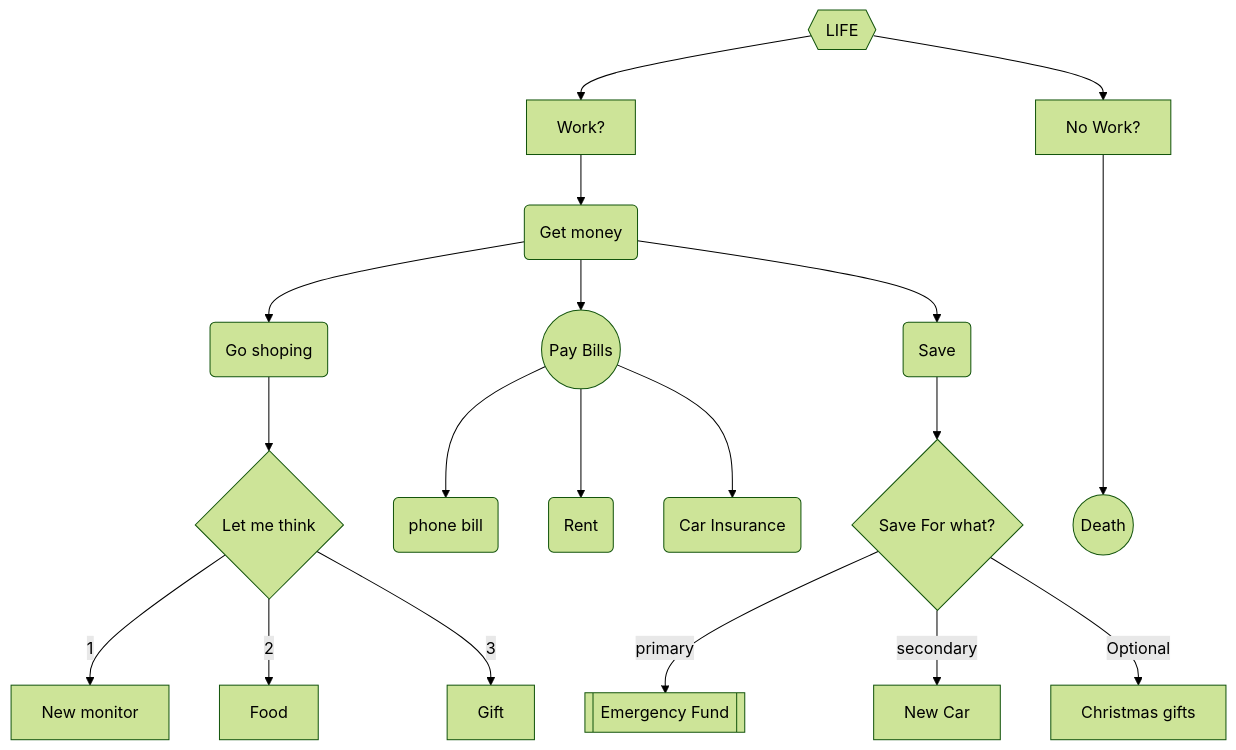
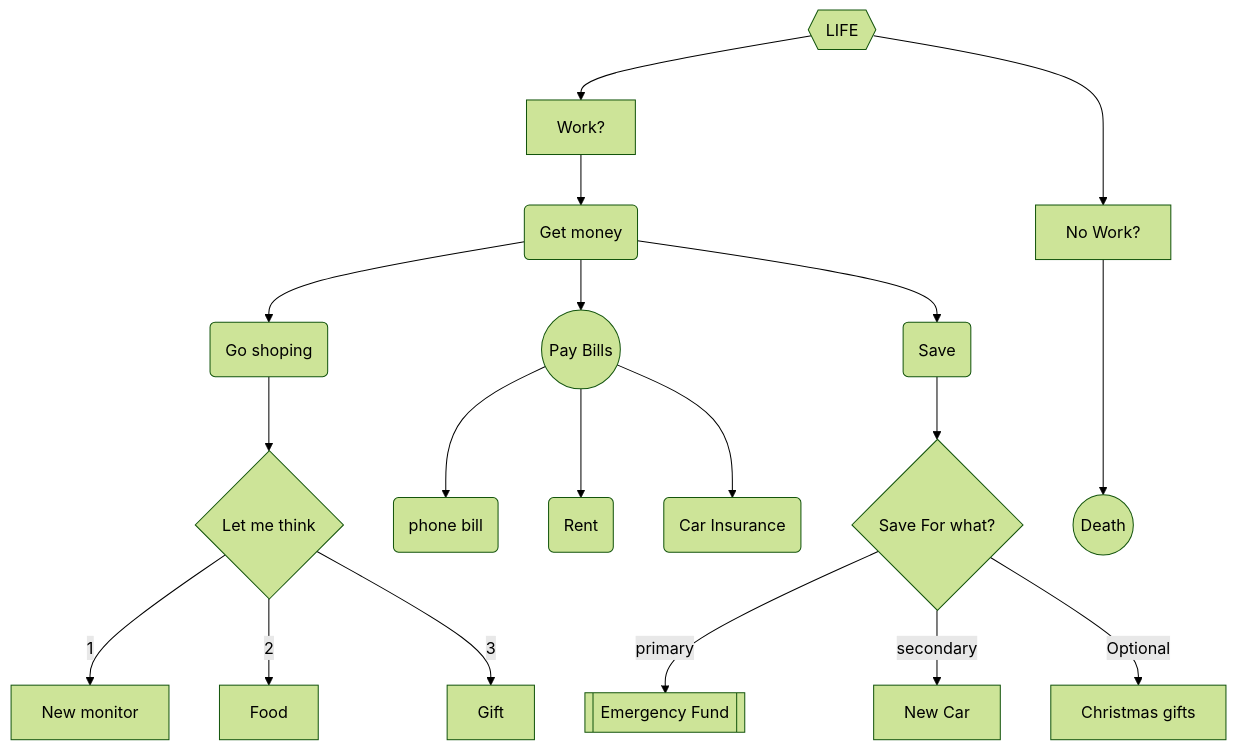
One commit to Epperezmoreno/epperezmoreno.github.io changed the diagram in Diagram.md. Above: the diagram before and after it, drawn with Mermaid (forest theme).

Commit message:
Update Diagram.md
removed 1 - from L(no work?) and added - to X (death) for more spacing

````diff
--- a/Diagram.md
+++ b/Diagram.md
@@ -1,30 +1,24 @@
 ```mermaid
 flowchart TD 
 AA{{LIFE}} -->A[Work?] -->B(Get money)
 B --> C(Go shoping)
 B --> D((Pay Bills))
 B --> E(Save)
 C --> F{Let me think}
 F -->|1| G[New monitor]
 F -->|2| H[Food]
 F -->|3| I[Gift]
 
 D --> J(phone bill)
 D --> K(Rent)
 D --> M(Car Insurance)
 
 E --> N{Save For what?}
 N --> |primary| O[[Emergency Fund]]
 N --> |secondary| P[New Car]
 N --> |Optional| Q[Christmas gifts]
 
-
-
-
-
-
-
-AA -->X[No Work?]
-X ---->L((Death))
+AA --->X[No Work?]
+X --->L((Death))
 
 ```
````
